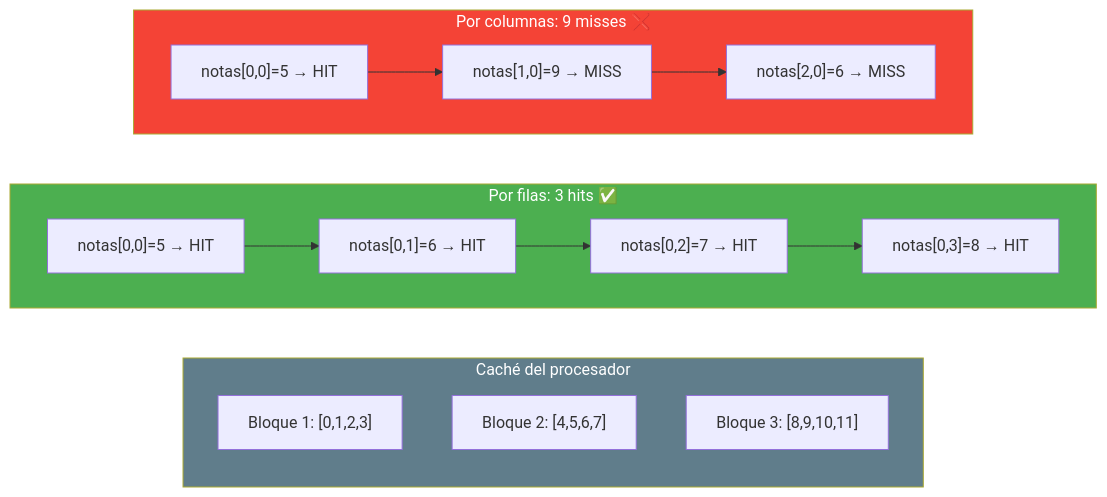
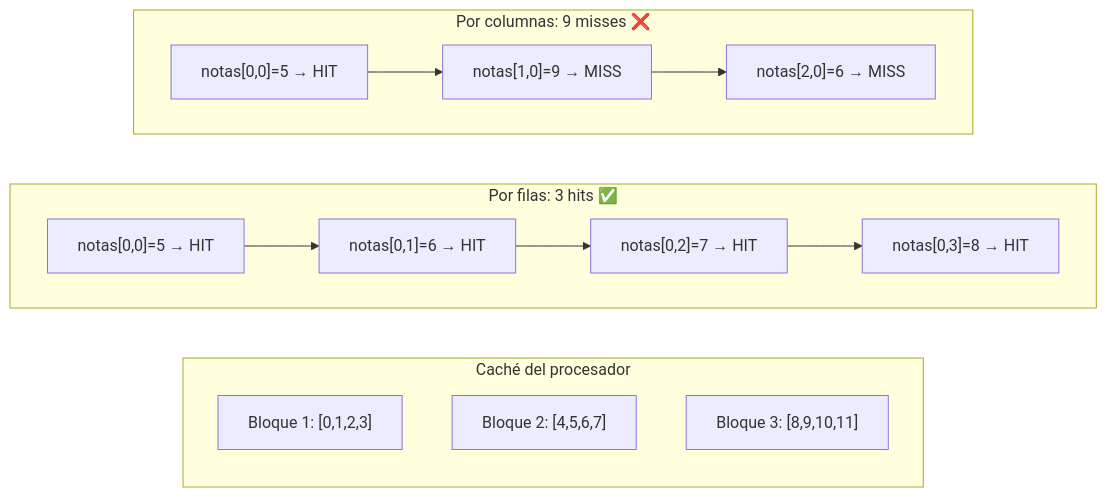
One commit to joseluisgs/Programacion-03-2026-2027 changed the fourth of 4 diagrams in 03-arrays-multidimensionales.md. Above: the diagram before and after it, drawn with Mermaid. The commit also changed other lines of this file and 2 other files, not shown here.

First line of the commit message:
docs: elimina los style de los subgraf de los diagramas Mermaid

````diff
--- a/03-arrays-multidimensionales.md
+++ b/03-arrays-multidimensionales.md
@@ -458,19 +454,16 @@
 ```mermaid
 graph LR
     subgraph CACHE ["Caché del procesador"]
         B1["Bloque 1: [0,1,2,3]"]
         B2["Bloque 2: [4,5,6,7]"]
         B3["Bloque 3: [8,9,10,11]"]
     end
     subgraph ACCESO_FILAS ["Por filas: 3 hits ✅"]
         direction LR
         F0["notas[0,0]=5 → HIT"] --> F1["notas[0,1]=6 → HIT"] --> F2["notas[0,2]=7 → HIT"] --> F3["notas[0,3]=8 → HIT"]
     end
     subgraph ACCESO_COLS ["Por columnas: 9 misses ❌"]
         direction LR
         C0["notas[0,0]=5 → HIT"] --> C1["notas[1,0]=9 → MISS"] --> C2["notas[2,0]=6 → MISS"]
     end
-    style CACHE fill:#607D8B,color:#fff
-    style ACCESO_FILAS fill:#4CAF50,color:#fff
-    style ACCESO_COLS fill:#f44336,color:#fff
 ```
````
